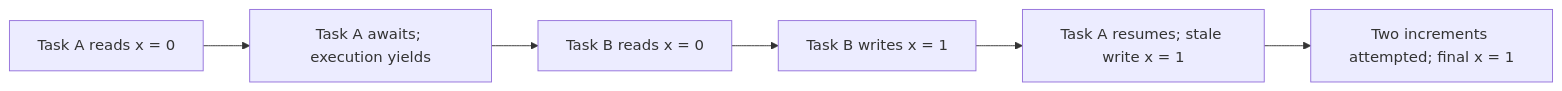
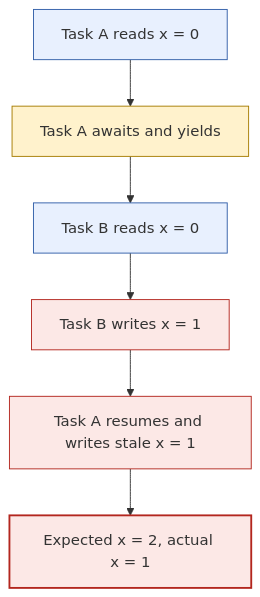
The first of 3 diagrams in README.md (smtherer/ChaosSloth), drawn with Mermaid before and after one commit. The commit also changed other lines of this file, not shown here.

````diff
--- a/README.md
+++ b/README.md
@@ -27,8 +27,14 @@
 ```mermaid
-flowchart LR
-    A["Task A reads x = 0"] --> B["Task A awaits; execution yields"]
+flowchart TD
+    A["Task A reads x = 0"] --> B["Task A awaits and yields"]
     B --> C["Task B reads x = 0"]
     C --> D["Task B writes x = 1"]
-    D --> E["Task A resumes; stale write x = 1"]
-    E --> F["Two increments attempted; final x = 1"]
+    D --> E["Task A resumes and writes stale x = 1"]
+    E --> F["Expected x = 2, actual x = 1"]
+    style A fill:#e8f0fe,stroke:#315ea8
+    style B fill:#fff2cc,stroke:#a67c00
+    style C fill:#e8f0fe,stroke:#315ea8
+    style D fill:#fce8e6,stroke:#b3261e
+    style E fill:#fce8e6,stroke:#b3261e
+    style F fill:#fce8e6,stroke:#b3261e,stroke-width:2px
 ```
````
